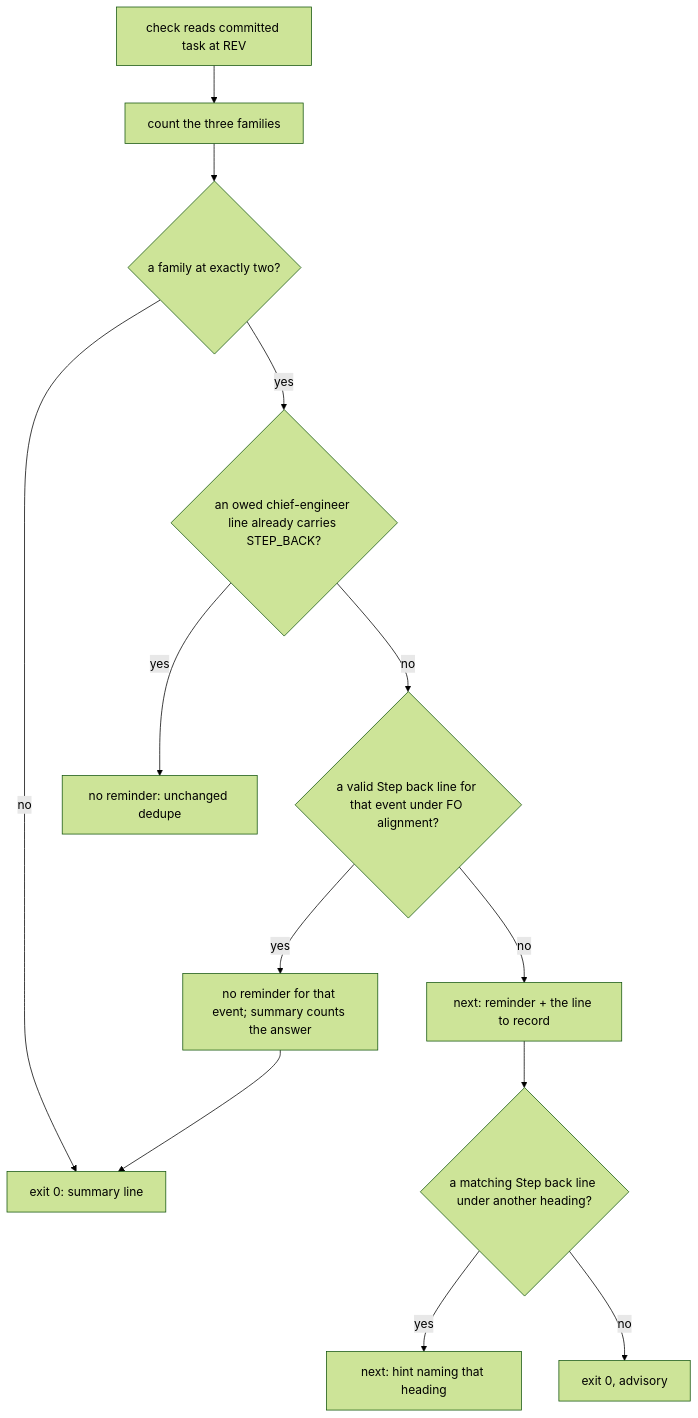
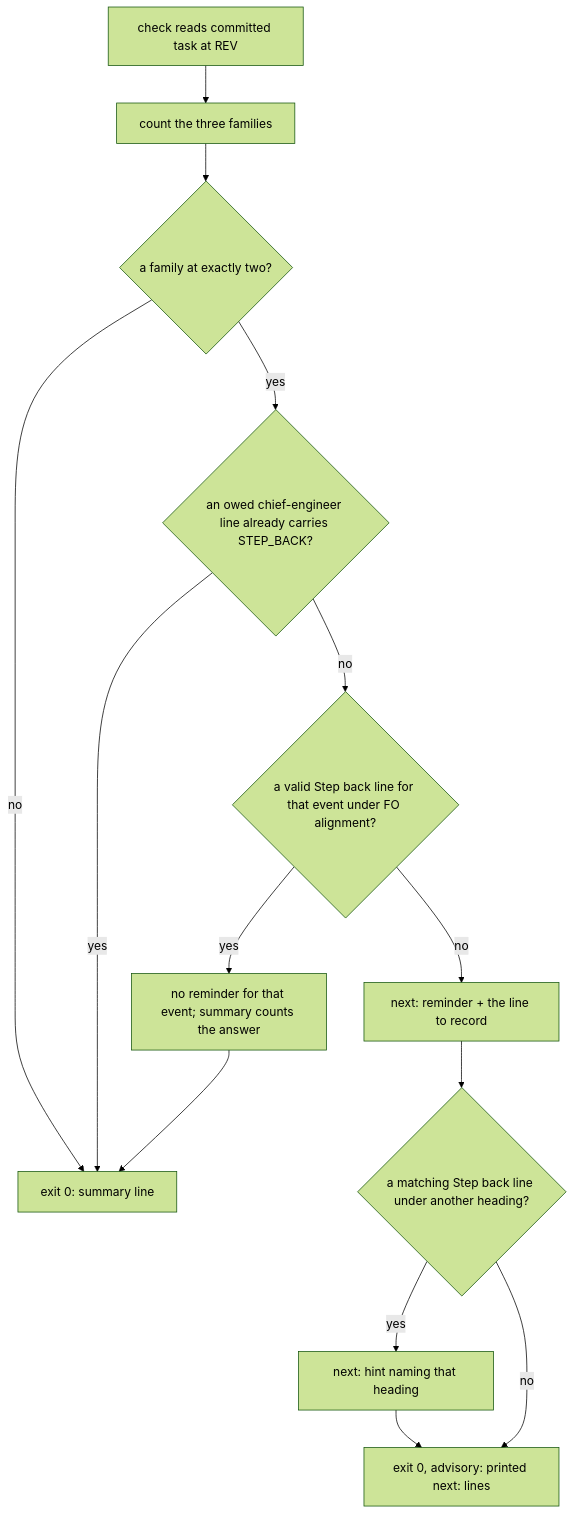
One commit to iamcxa/kc-claude-plugins changed the diagram in step-back-answer-has-a-record-line.md. Above: the diagram before and after it, drawn with Mermaid (forest theme). The commit also changed other lines of this file, not shown here.

Commit message:
ideation: step-back-answer-has-a-record-line AC-4 test scope, hint key, diagram ends

````diff
--- a/step-back-answer-has-a-record-line.md
+++ b/step-back-answer-has-a-record-line.md
@@ -82,15 +82,15 @@
 ```mermaid
 flowchart TD
     A[check reads committed task at REV] --> B[count the three families]
     B --> C{a family at exactly two?}
     C -- no --> Z[exit 0: summary line]
     C -- yes --> D{an owed chief-engineer line already carries STEP_BACK?}
-    D -- yes --> Z2[no reminder: unchanged dedupe]
+    D -- yes --> Z
     D -- no --> E{a valid Step back line for that event under FO alignment?}
     E -- yes --> F[no reminder for that event; summary counts the answer]
     E -- no --> G[next: reminder + the line to record]
     G --> H{a matching Step back line under another heading?}
-    H -- yes --> I[next: hint naming that heading]
-    H -- no --> J[exit 0, advisory]
+    H -- yes --> I[next: hint naming that heading] --> J
+    H -- no --> J[exit 0, advisory: printed next: lines]
     F --> Z
 ```
````
